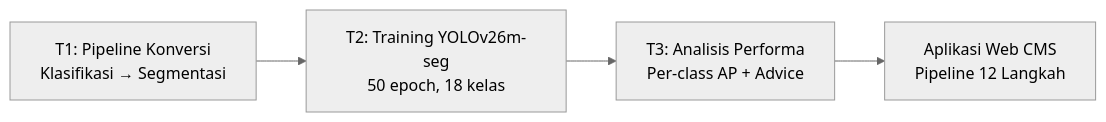
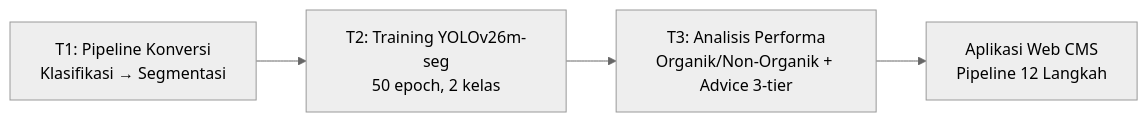
One commit to aryaw/SmartBin changed the fourth of 13 diagrams in proposalPaper/presentation.md. Above: the diagram before and after it, drawn with Mermaid (neutral theme). The commit also changed other lines of this file and 18 other files, not shown here.

````diff
--- a/proposalPaper/presentation.md
+++ b/proposalPaper/presentation.md
@@ -114,7 +118,7 @@
 ```mermaid
 flowchart LR
     T1[T1: Pipeline Konversi<br/>Klasifikasi → Segmentasi] --> T2
-    T2[T2: Training YOLOv26m-seg<br/>50 epoch, 18 kelas] --> T3
-    T3[T3: Analisis Performa<br/>Per-class AP + Advice] --> T4
+    T2[T2: Training YOLOv26m-seg<br/>50 epoch, 2 kelas] --> T3
+    T3[T3: Analisis Performa<br/>Organik/Non-Organik + Advice 3-tier] --> T4
     T4[Aplikasi Web CMS<br/>Pipeline 12 Langkah]
 ```
````
